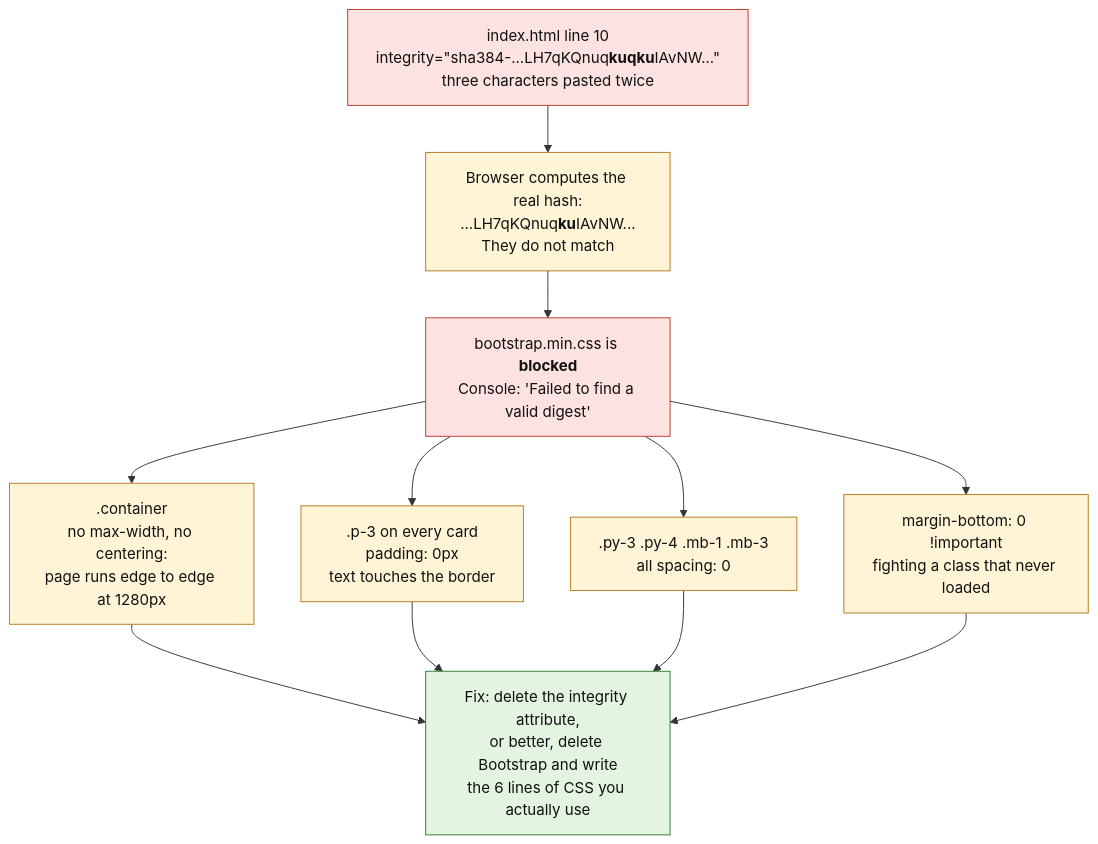
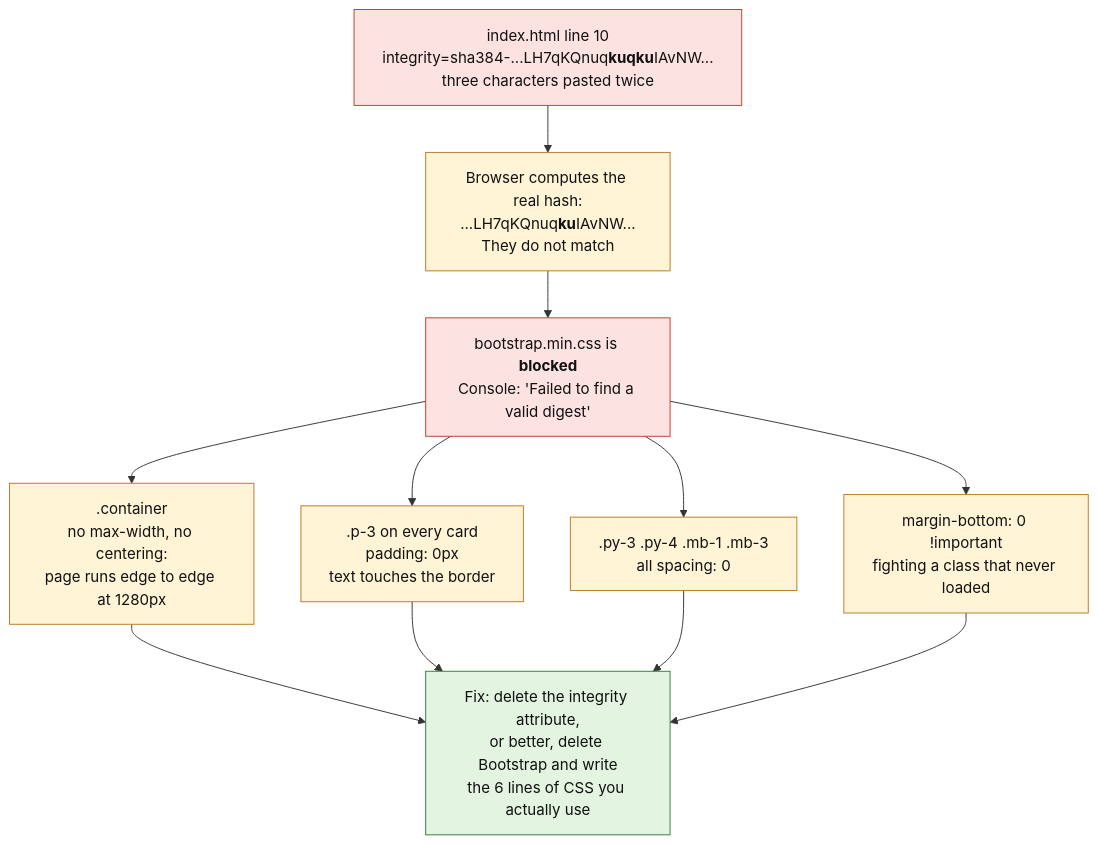
The second of 3 diagrams in feedback/FEEDBACK.md (diabeatz96/CSC436), drawn with Mermaid before and after one commit. The commit also changed 2 other files, not shown here.

Commit message:
fix diagram label that GitHub's Mermaid could not parse

````diff
--- a/feedback/FEEDBACK.md
+++ b/feedback/FEEDBACK.md
@@ -107,22 +107,22 @@
   ```mermaid
   flowchart TB
-      a["index.html line 10<br/>integrity=&quot;sha384-...LH7qKQnuq<b>kuqku</b>IAvNW...&quot;<br/>three characters pasted twice"]
+      a["index.html line 10<br/>integrity=sha384-...LH7qKQnuq<b>kuqku</b>IAvNW...<br/>three characters pasted twice"]
       b["Browser computes the real hash:<br/>...LH7qKQnuq<b>ku</b>IAvNW...<br/>They do not match"]
       c["bootstrap.min.css is <b>blocked</b><br/>Console: 'Failed to find a valid digest'"]
       d1[".container<br/>no max-width, no centering:<br/>page runs edge to edge at 1280px"]
       d2[".p-3 on every card<br/>padding: 0px<br/>text touches the border"]
       d3[".py-3 .py-4 .mb-1 .mb-3<br/>all spacing: 0"]
       d4["margin-bottom: 0 !important<br/>fighting a class that never loaded"]
       a --> b --> c
       c --> d1 & d2 & d3 & d4
       fix["Fix: delete the integrity attribute,<br/>or better, delete Bootstrap and write<br/>the 6 lines of CSS you actually use"]
       d1 & d2 & d3 & d4 --> fix
       style a fill:#fde2e2,stroke:#c0392b,color:#111
       style b fill:#fff4d6,stroke:#b7791f,color:#111
       style c fill:#fde2e2,stroke:#c0392b,color:#111
       style d1 fill:#fff4d6,stroke:#b7791f,color:#111
       style d2 fill:#fff4d6,stroke:#b7791f,color:#111
       style d3 fill:#fff4d6,stroke:#b7791f,color:#111
       style d4 fill:#fff4d6,stroke:#b7791f,color:#111
       style fix fill:#e3f4e1,stroke:#2e7d32,color:#111
   ```
````
